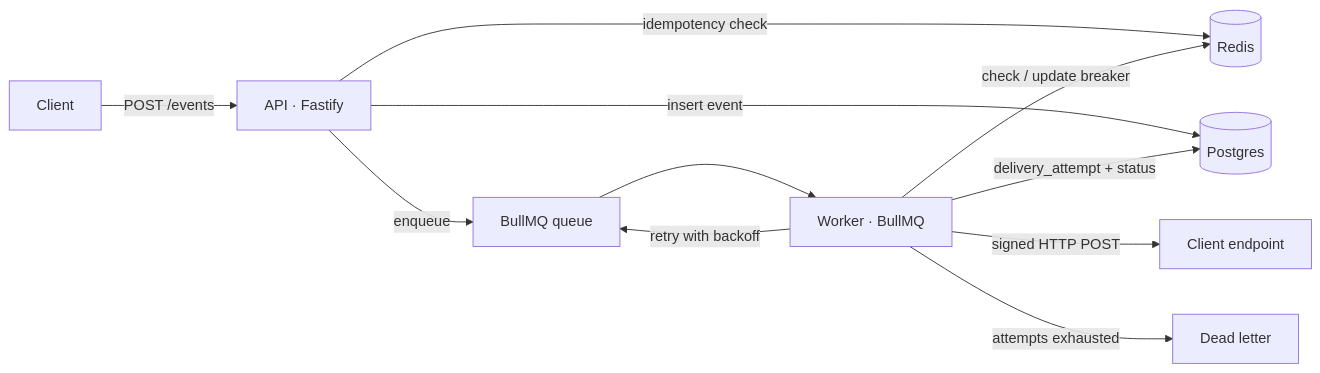
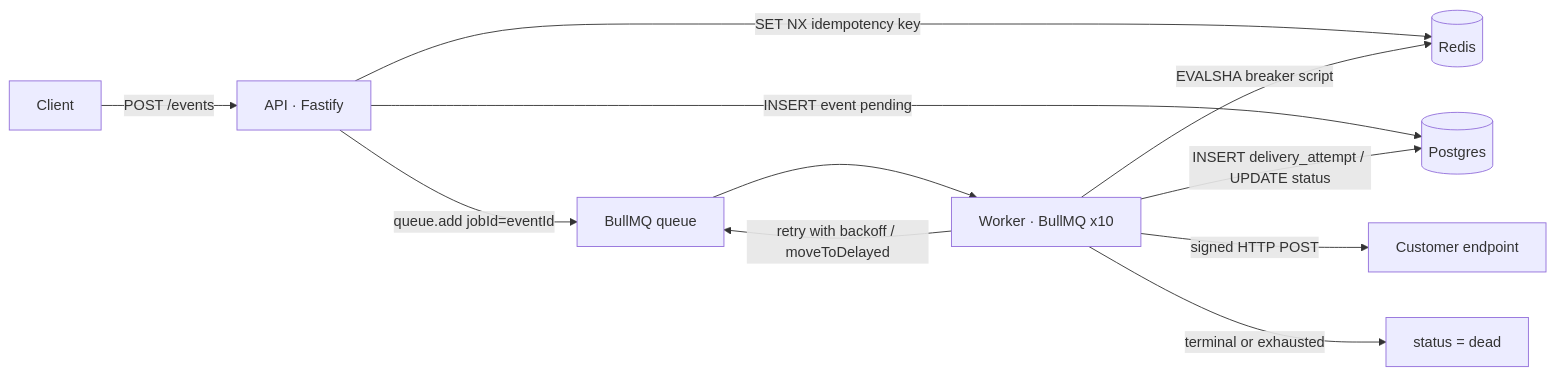
The diagram in README.md (KevinLmn/webhook-delivery-service), drawn with Mermaid before and after one commit. The commit also changed other lines of this file and 17 other files, not shown here.

````diff
--- a/README.md
+++ b/README.md
@@ -112,13 +33,13 @@
 ```mermaid
 flowchart LR
   Client[Client] -->|POST /events| API[API · Fastify]
-  API -->|idempotency check| R[(Redis)]
-  API -->|insert event| DB[(Postgres)]
-  API -->|enqueue| Q[BullMQ queue]
-  Q --> W[Worker · BullMQ]
-  W -->|check / update breaker| R
-  W -->|signed HTTP POST| EP[Client endpoint]
-  W -->|delivery_attempt + status| DB
-  W -->|retry with backoff| Q
-  W -->|attempts exhausted| DLQ[Dead letter]
+  API -->|SET NX idempotency key| R[(Redis)]
+  API -->|INSERT event pending| DB[(Postgres)]
+  API -->|queue.add jobId=eventId| Q[BullMQ queue]
+  Q --> W[Worker · BullMQ x10]
+  W -->|EVALSHA breaker script| R
+  W -->|signed HTTP POST| EP[Customer endpoint]
+  W -->|INSERT delivery_attempt / UPDATE status| DB
+  W -->|retry with backoff / moveToDelayed| Q
+  W -->|terminal or exhausted| DEAD[status = dead]
 ```
````
